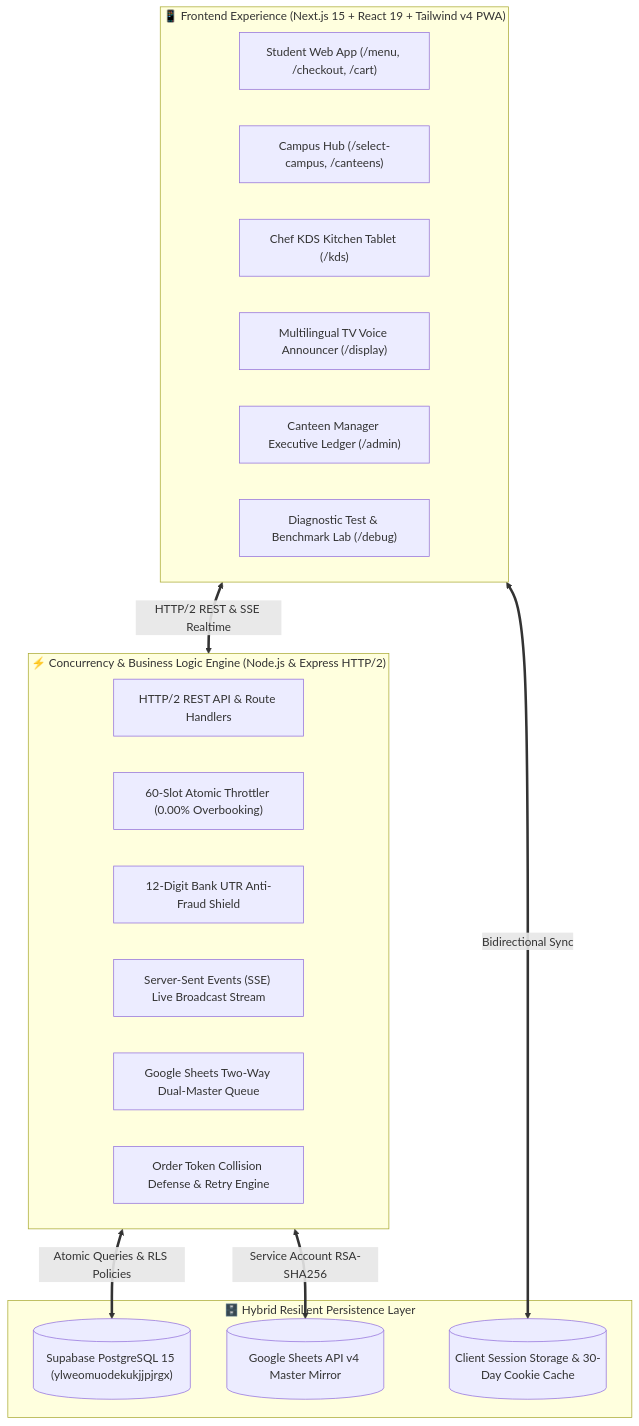
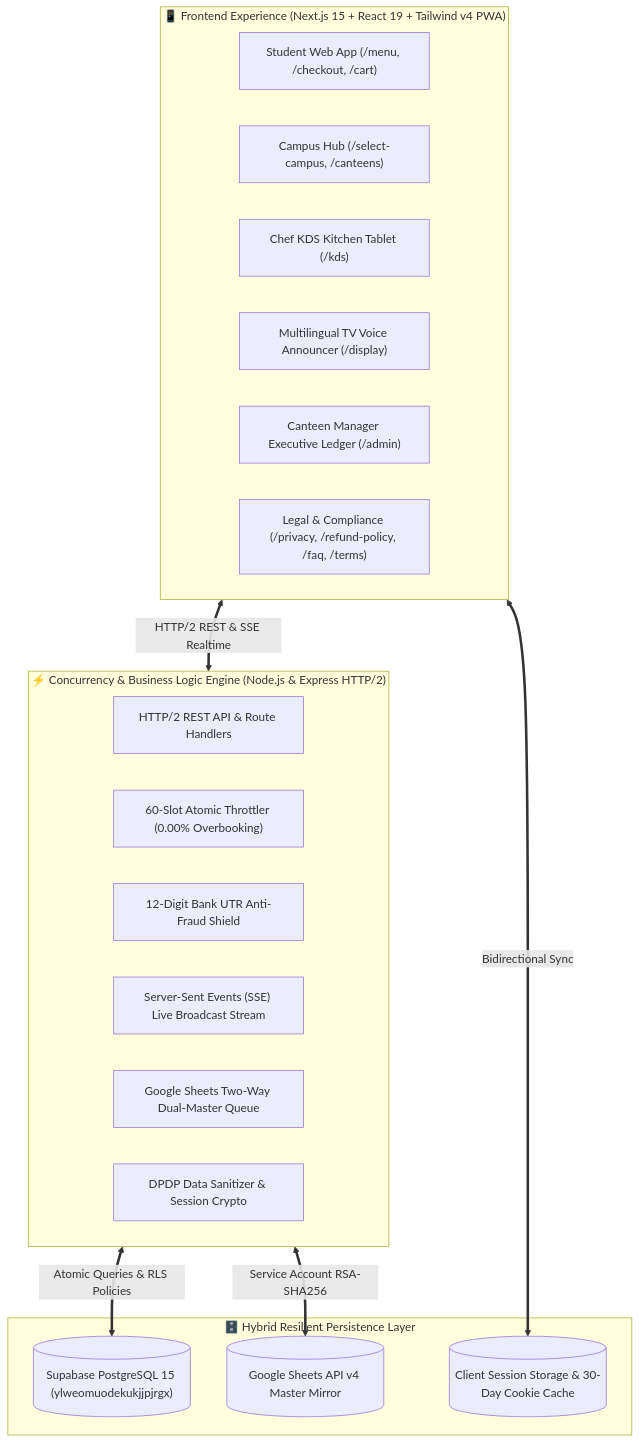
The diagram in README.md (dakrkakashi/FoodLine-Campus), drawn with Mermaid before and after one commit. The commit also changed other lines of this file, not shown here.

Commit message:
docs(readme): comprehensive documentation upgrade with compliance architecture, live portals, and regulatory mappings

````diff
--- a/README.md
+++ b/README.md
@@ -125,31 +131,31 @@
 ```mermaid
 graph TD
     subgraph ClientLayer ["📱 Frontend Experience (Next.js 15 + React 19 + Tailwind v4 PWA)"]
         UI1["Student Web App (/menu, /checkout, /cart)"]
         UI2["Campus Hub (/select-campus, /canteens)"]
         UI3["Chef KDS Kitchen Tablet (/kds)"]
         UI4["Multilingual TV Voice Announcer (/display)"]
         UI5["Canteen Manager Executive Ledger (/admin)"]
-        UI6["Diagnostic Test & Benchmark Lab (/debug)"]
+        UI6["Legal & Compliance (/privacy, /refund-policy, /faq, /terms)"]
     end
 
     subgraph EngineLayer ["⚡ Concurrency & Business Logic Engine (Node.js & Express HTTP/2)"]
         E1["HTTP/2 REST API & Route Handlers"]
         E2["60-Slot Atomic Throttler (0.00% Overbooking)"]
         E3["12-Digit Bank UTR Anti-Fraud Shield"]
         E4["Server-Sent Events (SSE) Live Broadcast Stream"]
         E5["Google Sheets Two-Way Dual-Master Queue"]
-        E6["Order Token Collision Defense & Retry Engine"]
+        E6["DPDP Data Sanitizer & Session Crypto"]
     end
 
     subgraph DataLayer ["🗄️ Hybrid Resilient Persistence Layer"]
         DB1[("Supabase PostgreSQL 15 (ylweomuodekukjjpjrgx)")]
         DB2[("Google Sheets API v4 Master Mirror")]
         DB3[("Client Session Storage & 30-Day Cookie Cache")]
     end
 
     ClientLayer <== "HTTP/2 REST & SSE Realtime" ==> EngineLayer
     EngineLayer <== "Atomic Queries & RLS Policies" ==> DB1
     EngineLayer <== "Service Account RSA-SHA256" ==> DB2
     ClientLayer <== "Bidirectional Sync" ==> DB3
 ```
````
